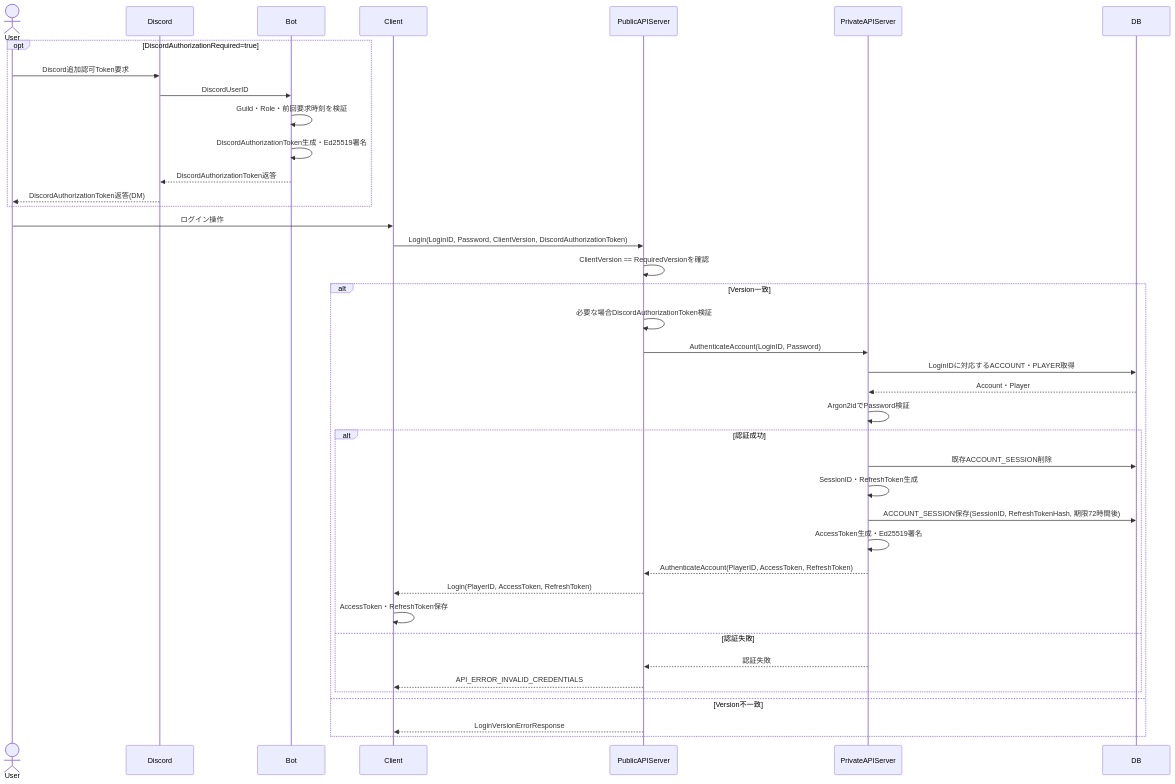
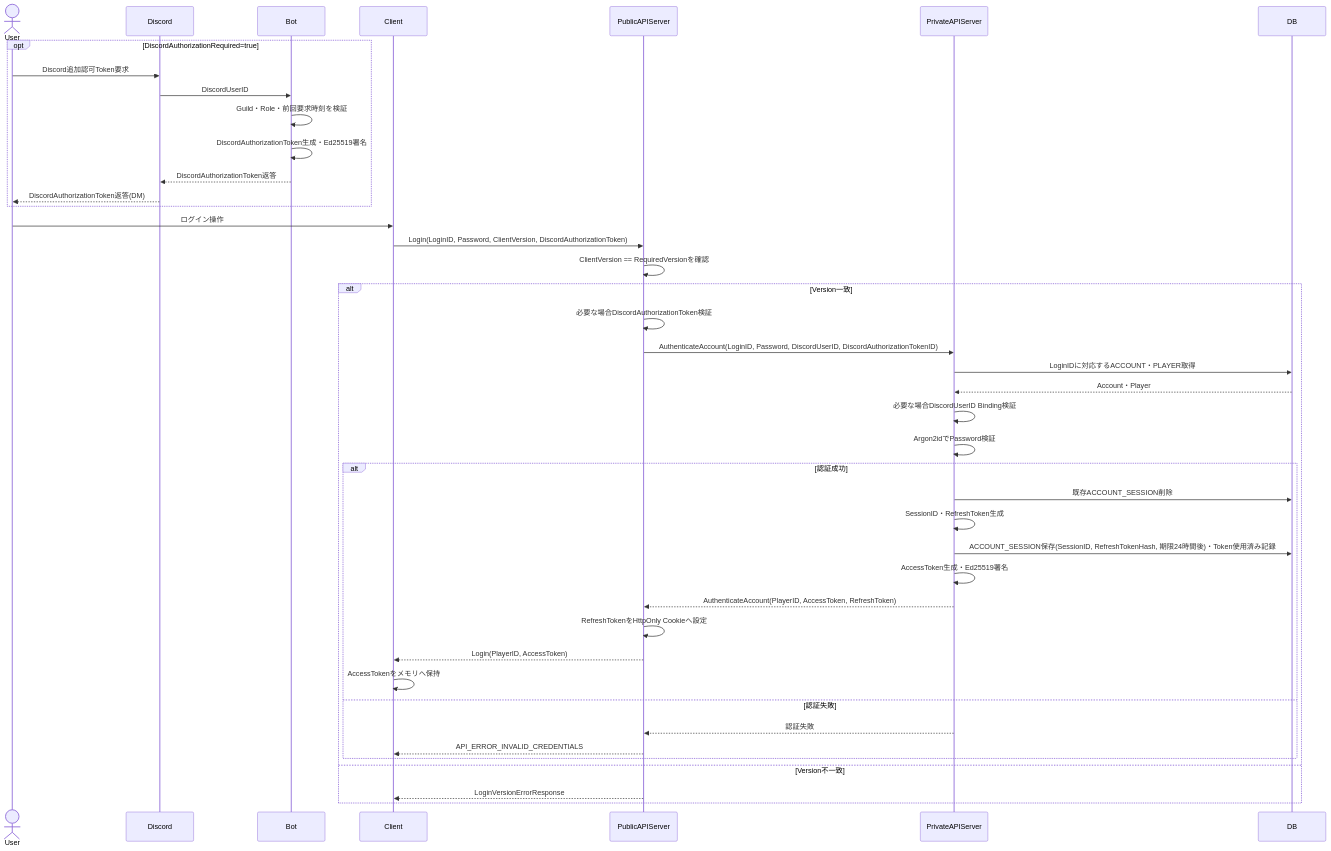
Before and after one commit to ReHydrangeaOdyssey/Specifications: the second of 4 diagrams in design/session.md, drawn with Mermaid. The commit also changed other lines of this file and 10 other files, not shown here.

````diff
--- a/design/session.md
+++ b/design/session.md
@@ -156,46 +174,48 @@
 ```mermaid
 sequenceDiagram
     actor User
     participant Discord
     participant Bot
     participant Client
     participant PublicAPIServer
     participant PrivateAPIServer
     participant DB
 
     opt DiscordAuthorizationRequired=true
         User->>Discord: Discord追加認可Token要求
         Discord->>Bot: DiscordUserID
         Bot->>Bot: Guild・Role・前回要求時刻を検証
         Bot->>Bot: DiscordAuthorizationToken生成・Ed25519署名
         Bot-->>Discord: DiscordAuthorizationToken返答
         Discord-->>User: DiscordAuthorizationToken返答(DM)
     end
 
     User->>Client: ログイン操作
     Client->>PublicAPIServer: Login(LoginID, Password, ClientVersion, DiscordAuthorizationToken)
     PublicAPIServer->>PublicAPIServer: ClientVersion == RequiredVersionを確認
 
     alt Version一致
         PublicAPIServer->>PublicAPIServer: 必要な場合DiscordAuthorizationToken検証
-        PublicAPIServer->>PrivateAPIServer: AuthenticateAccount(LoginID, Password)
+        PublicAPIServer->>PrivateAPIServer: AuthenticateAccount(LoginID, Password, DiscordUserID, DiscordAuthorizationTokenID)
         PrivateAPIServer->>DB: LoginIDに対応するACCOUNT・PLAYER取得
         DB-->>PrivateAPIServer: Account・Player
+        PrivateAPIServer->>PrivateAPIServer: 必要な場合DiscordUserID Binding検証
         PrivateAPIServer->>PrivateAPIServer: Argon2idでPassword検証
 
         alt 認証成功
             PrivateAPIServer->>DB: 既存ACCOUNT_SESSION削除
             PrivateAPIServer->>PrivateAPIServer: SessionID・RefreshToken生成
-            PrivateAPIServer->>DB: ACCOUNT_SESSION保存(SessionID, RefreshTokenHash, 期限72時間後)
+            PrivateAPIServer->>DB: ACCOUNT_SESSION保存(SessionID, RefreshTokenHash, 期限24時間後)・Token使用済み記録
             PrivateAPIServer->>PrivateAPIServer: AccessToken生成・Ed25519署名
             PrivateAPIServer-->>PublicAPIServer: AuthenticateAccount(PlayerID, AccessToken, RefreshToken)
-            PublicAPIServer-->>Client: Login(PlayerID, AccessToken, RefreshToken)
-            Client->>Client: AccessToken・RefreshToken保存
+            PublicAPIServer->>PublicAPIServer: RefreshTokenをHttpOnly Cookieへ設定
+            PublicAPIServer-->>Client: Login(PlayerID, AccessToken)
+            Client->>Client: AccessTokenをメモリへ保持
         else 認証失敗
             PrivateAPIServer-->>PublicAPIServer: 認証失敗
             PublicAPIServer-->>Client: API_ERROR_INVALID_CREDENTIALS
         end
     else Version不一致
         PublicAPIServer-->>Client: LoginVersionErrorResponse
     end
 ```
````
